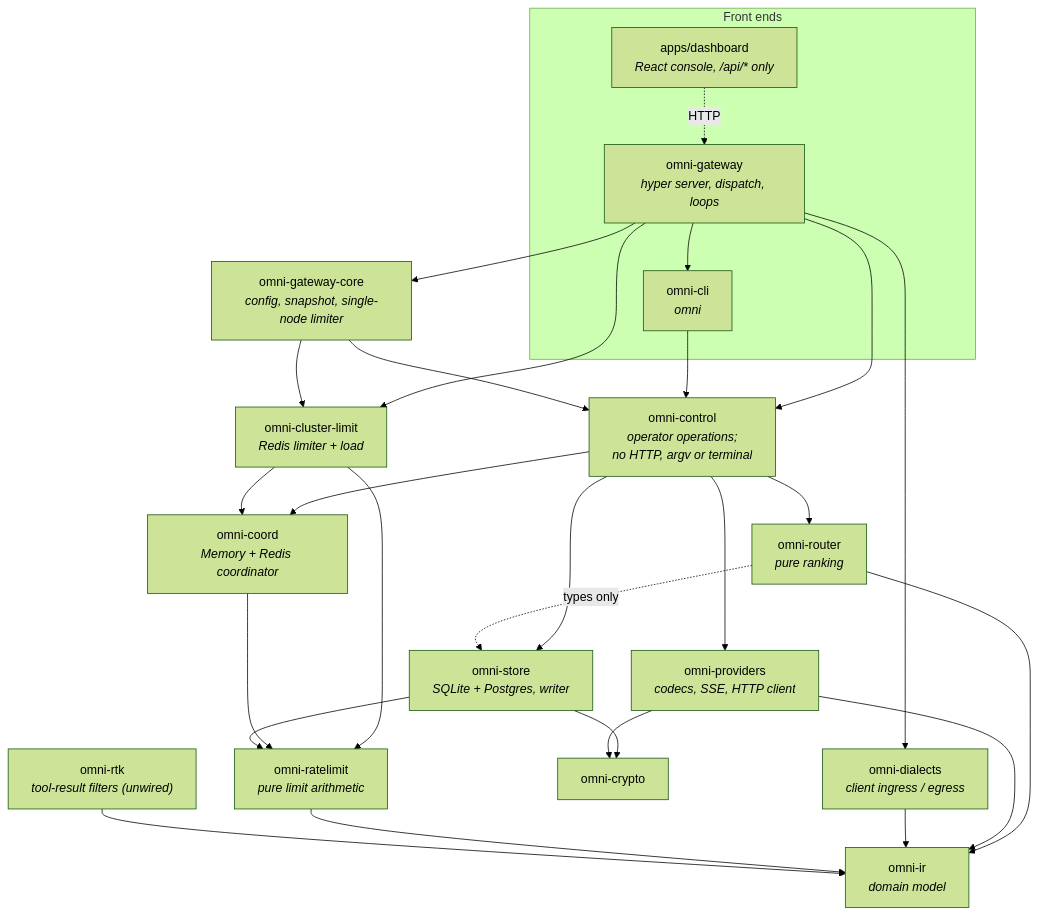
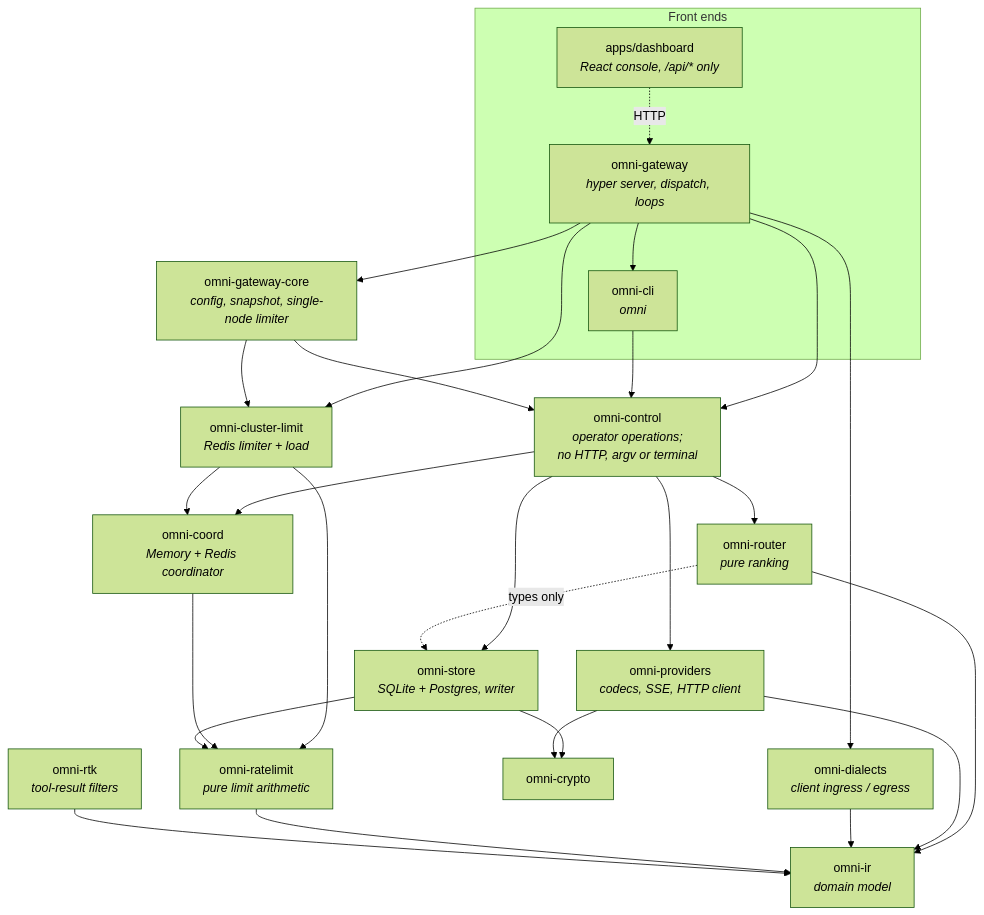
The first of 12 diagrams in ARCHITECTURE.md (harismawan/omnigateway), drawn with Mermaid (forest theme) before and after one commit. The commit also changed other lines of this file and 1 other file, not shown here.

Commit message:
docs: describe wired RTK, drop ponytail

````diff
--- a/ARCHITECTURE.md
+++ b/ARCHITECTURE.md
@@ -42,47 +42,47 @@
 ```mermaid
 graph TD
   subgraph frontends[Front ends]
     gateway["omni-gateway<br/><i>hyper server, dispatch, loops</i>"]
     cli["omni-cli<br/><i>omni</i>"]
     dashboard["apps/dashboard<br/><i>React console, /api/* only</i>"]
   end
 
   core["omni-gateway-core<br/><i>config, snapshot, single-node limiter</i>"]
   control["omni-control<br/><i>operator operations;<br/>no HTTP, argv or terminal</i>"]
   dialects["omni-dialects<br/><i>client ingress / egress</i>"]
   cluster["omni-cluster-limit<br/><i>Redis limiter + load</i>"]
   router["omni-router<br/><i>pure ranking</i>"]
   store["omni-store<br/><i>SQLite + Postgres, writer</i>"]
   providers["omni-providers<br/><i>codecs, SSE, HTTP client</i>"]
   coord["omni-coord<br/><i>Memory + Redis coordinator</i>"]
   ratelimit["omni-ratelimit<br/><i>pure limit arithmetic</i>"]
   crypto["omni-crypto"]
   ir["omni-ir<br/><i>domain model</i>"]
-  rtk["omni-rtk<br/><i>tool-result filters (unwired)</i>"]
+  rtk["omni-rtk<br/><i>tool-result filters</i>"]
 
   gateway --> core
   gateway --> control
   gateway --> dialects
   gateway --> cluster
   gateway --> cli
   cli --> control
   core --> control
   core --> cluster
   control --> router
   control --> providers
   control --> store
   control --> coord
   cluster --> coord
   cluster --> ratelimit
   coord --> ratelimit
   router -. "types only" .-> store
   router --> ir
   store --> ratelimit
   store --> crypto
   providers --> ir
   providers --> crypto
   dialects --> ir
   ratelimit --> ir
   rtk --> ir
   dashboard -. "HTTP" .-> gateway
 ```
````
